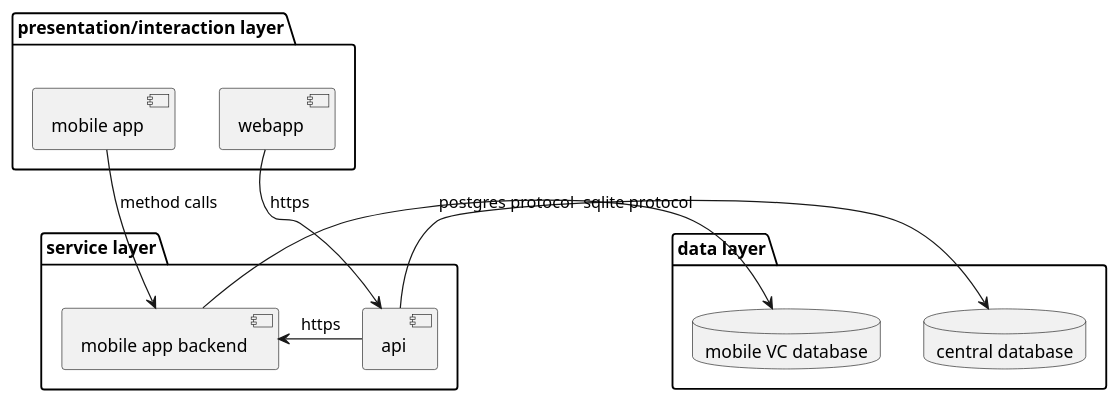
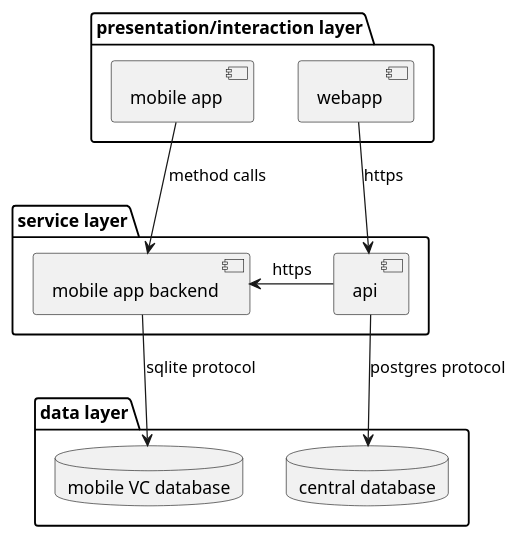
Before and after one commit to SelSolvID/docs: the diagram in diagrams/layer.puml, drawn with PlantUML.

Commit message:
Fix lines in layer diagram

```diff
--- a/diagrams/layer.puml
+++ b/diagrams/layer.puml
@@ -1,23 +1,23 @@
 @startuml layer diagram
 package "presentation/interaction layer" as pil {
   [webapp] as wap
   [mobile app] as map
 }
 
 package "service layer" as sl {
   [api]
   [mobile app backend] as mab
 }
 
 package "data layer" as dl {
   database "central database" as cdb
   database "mobile VC database" as ldb
 }
 
 
 wap --> api : https
 map -> mab : method calls
-api -> cdb : postgres protocol
+api --> cdb : postgres protocol
 api -> mab : https
-mab -> ldb : sqlite protocol
+mab --> ldb : sqlite protocol
 @enduml
```
